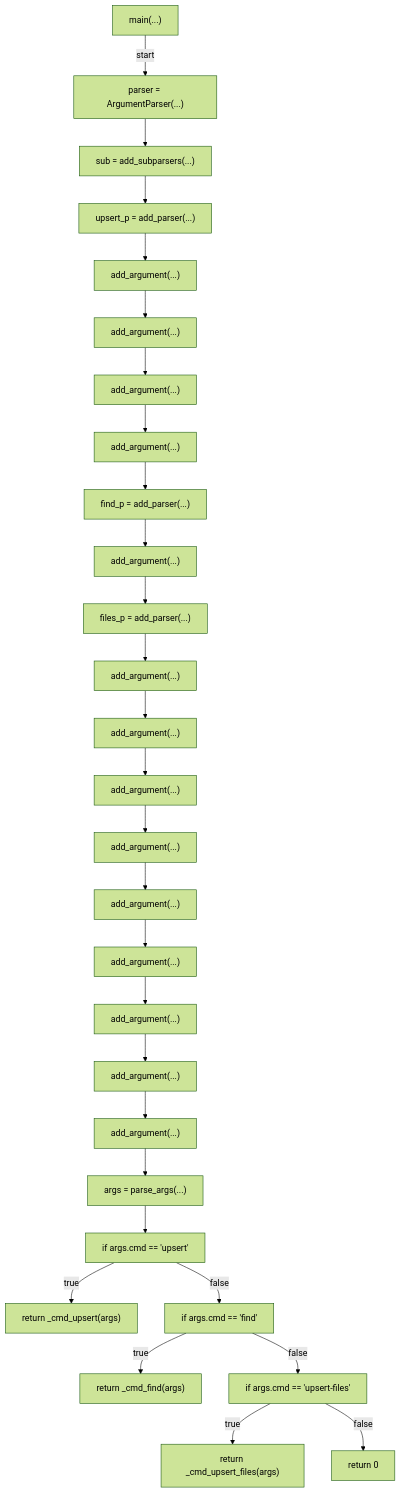
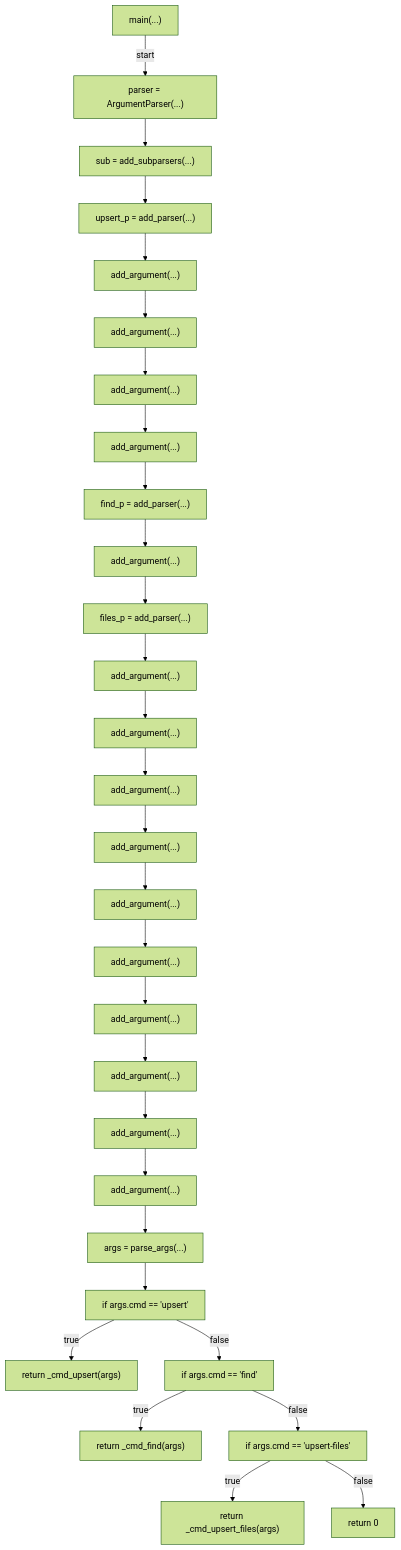
Diagram 23 of 23 in docs/generated/scripts/ast/pr_upsert.md (tvna/claude-md), drawn with Mermaid (forest theme) before and after one commit. The commit also changed other lines of this file and 4 other files, not shown here.

First line of the commit message:
docs(generated): regenerate decision tree and workflow diagrams

````diff
--- a/docs/generated/scripts/ast/pr_upsert.md
+++ b/docs/generated/scripts/ast/pr_upsert.md
@@ -613,58 +626,60 @@
 ```mermaid
 flowchart TD
     N001["main(...)"]
     N002["parser = ArgumentParser(...)"]
     N003["sub = add_subparsers(...)"]
     N004["upsert_p = add_parser(...)"]
     N005["add_argument(...)"]
     N006["add_argument(...)"]
     N007["add_argument(...)"]
     N008["add_argument(...)"]
     N009["find_p = add_parser(...)"]
     N010["add_argument(...)"]
     N011["files_p = add_parser(...)"]
     N012["add_argument(...)"]
     N013["add_argument(...)"]
     N014["add_argument(...)"]
     N015["add_argument(...)"]
     N016["add_argument(...)"]
     N017["add_argument(...)"]
     N018["add_argument(...)"]
     N019["add_argument(...)"]
     N020["add_argument(...)"]
-    N021["args = parse_args(...)"]
-    N022["if args.cmd == 'upsert'"]
-    N023["return _cmd_upsert(args)"]
-    N024["if args.cmd == 'find'"]
-    N025["return _cmd_find(args)"]
-    N026["if args.cmd == 'upsert-files'"]
-    N027["return _cmd_upsert_files(args)"]
-    N028["return 0"]
+    N021["add_argument(...)"]
+    N022["args = parse_args(...)"]
+    N023["if args.cmd == 'upsert'"]
+    N024["return _cmd_upsert(args)"]
+    N025["if args.cmd == 'find'"]
+    N026["return _cmd_find(args)"]
+    N027["if args.cmd == 'upsert-files'"]
+    N028["return _cmd_upsert_files(args)"]
+    N029["return 0"]
     N001 -->|"start"| N002
     N002 --> N003
     N003 --> N004
     N004 --> N005
     N005 --> N006
     N006 --> N007
     N007 --> N008
     N008 --> N009
     N009 --> N010
     N010 --> N011
     N011 --> N012
     N012 --> N013
     N013 --> N014
     N014 --> N015
     N015 --> N016
     N016 --> N017
     N017 --> N018
     N018 --> N019
     N019 --> N020
     N020 --> N021
     N021 --> N022
-    N022 -->|"true"| N023
-    N022 -->|"false"| N024
-    N024 -->|"true"| N025
-    N024 -->|"false"| N026
-    N026 -->|"true"| N027
-    N026 -->|"false"| N028
+    N022 --> N023
+    N023 -->|"true"| N024
+    N023 -->|"false"| N025
+    N025 -->|"true"| N026
+    N025 -->|"false"| N027
+    N027 -->|"true"| N028
+    N027 -->|"false"| N029
 ```
````
